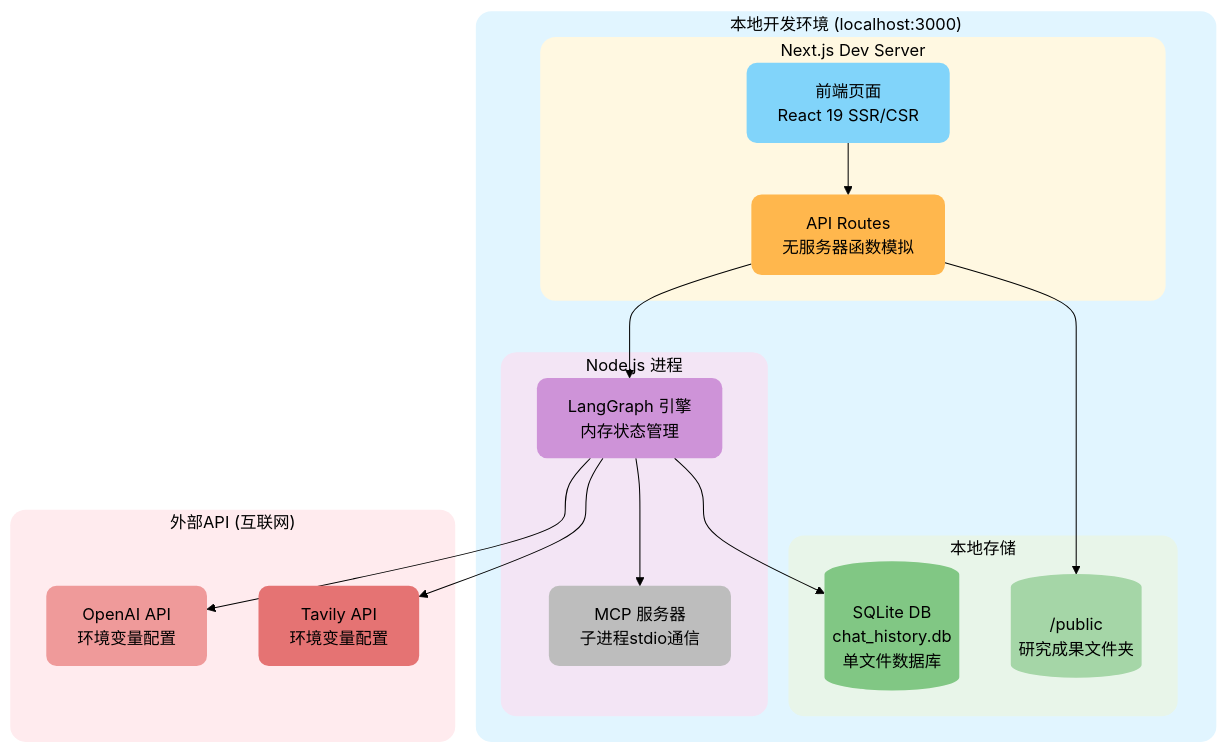
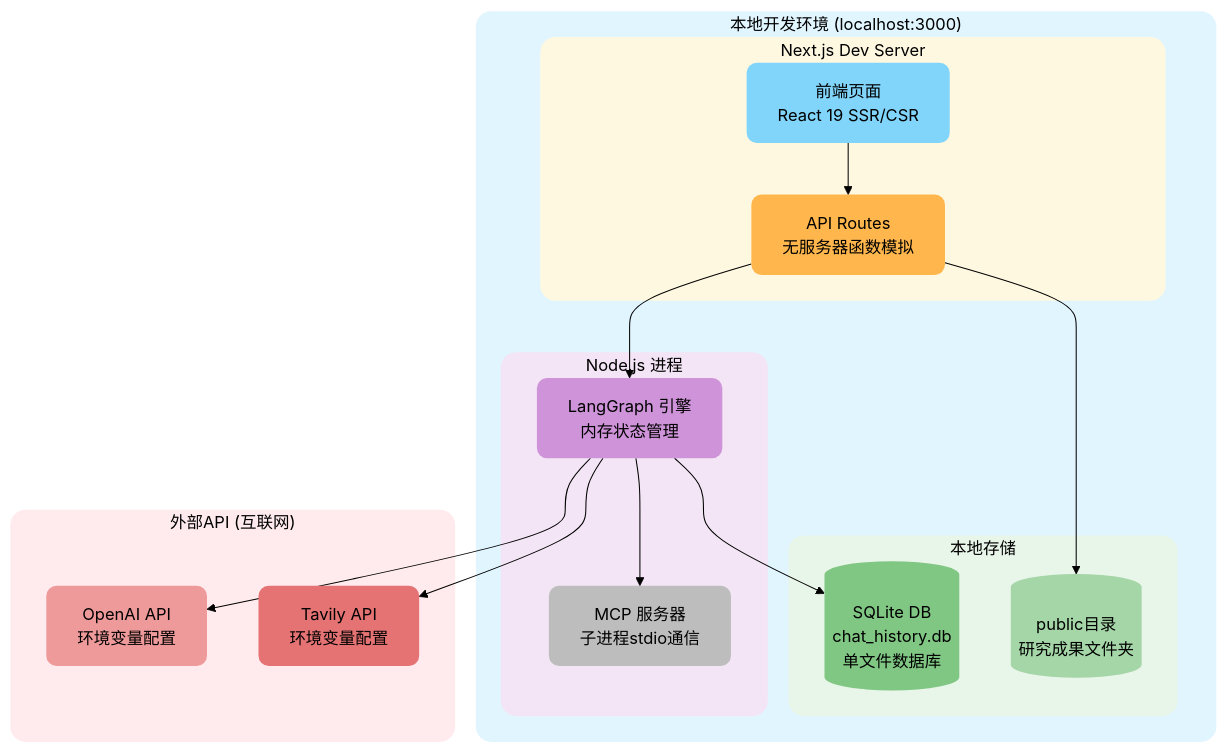
One commit to loock-ai/langgraph-deep-research changed the second of 6 diagrams in docs/architecture.md. Above: the diagram before and after it, drawn with Mermaid (forest theme). The commit also changed other lines of this file, not shown here.

First line of the commit message:
fix: 修复Mermaid图表渲染错误

````diff
--- a/docs/architecture.md
+++ b/docs/architecture.md
@@ -241,47 +241,47 @@
 ```mermaid
 graph TB
     subgraph local["本地开发环境 (localhost:3000)"]
         subgraph nextjs["Next.js Dev Server"]
             Frontend[前端页面<br/>React 19 SSR/CSR]
             APIRoutes[API Routes<br/>无服务器函数模拟]
         end
 
         subgraph storage["本地存储"]
             SQLite[(SQLite DB<br/>chat_history.db<br/>单文件数据库)]
-            PublicFiles[(/public<br/>研究成果文件夹)]
+            PublicFiles[(public目录<br/>研究成果文件夹)]
         end
 
         subgraph process["Node.js 进程"]
             LangGraph[LangGraph 引擎<br/>内存状态管理]
             MCPServers[MCP 服务器<br/>子进程stdio通信]
         end
     end
 
     subgraph external_local["外部API (互联网)"]
         OpenAI_Dev[OpenAI API<br/>环境变量配置]
         Tavily_Dev[Tavily API<br/>环境变量配置]
     end
 
     Frontend --> APIRoutes
     APIRoutes --> LangGraph
     LangGraph --> SQLite
     LangGraph --> MCPServers
     APIRoutes --> PublicFiles
     LangGraph --> OpenAI_Dev
     LangGraph --> Tavily_Dev
 
     style Frontend fill:#81d4fa,stroke:none,color:#000,rx:10,ry:10
     style APIRoutes fill:#ffb74d,stroke:none,color:#000,rx:10,ry:10
     style SQLite fill:#81c784,stroke:none,color:#000,rx:10,ry:10
     style PublicFiles fill:#a5d6a7,stroke:none,color:#000,rx:10,ry:10
     style LangGraph fill:#ce93d8,stroke:none,color:#000,rx:10,ry:10
     style MCPServers fill:#bdbdbd,stroke:none,color:#000,rx:10,ry:10
     style OpenAI_Dev fill:#ef9a9a,stroke:none,color:#000,rx:10,ry:10
     style Tavily_Dev fill:#e57373,stroke:none,color:#000,rx:10,ry:10
 
     style local fill:#e1f5ff,stroke:none,color:#000,rx:15,ry:15
     style nextjs fill:#fff8e1,stroke:none,color:#000,rx:15,ry:15
     style storage fill:#e8f5e9,stroke:none,color:#000,rx:15,ry:15
     style process fill:#f3e5f5,stroke:none,color:#000,rx:15,ry:15
     style external_local fill:#ffebee,stroke:none,color:#000,rx:15,ry:15
 ```
````
